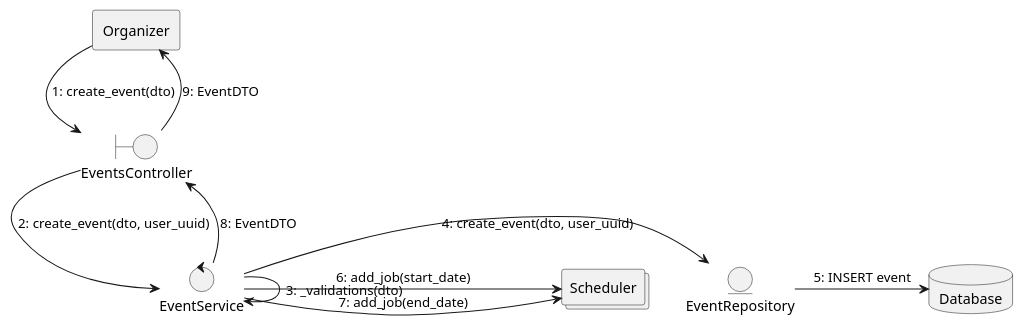
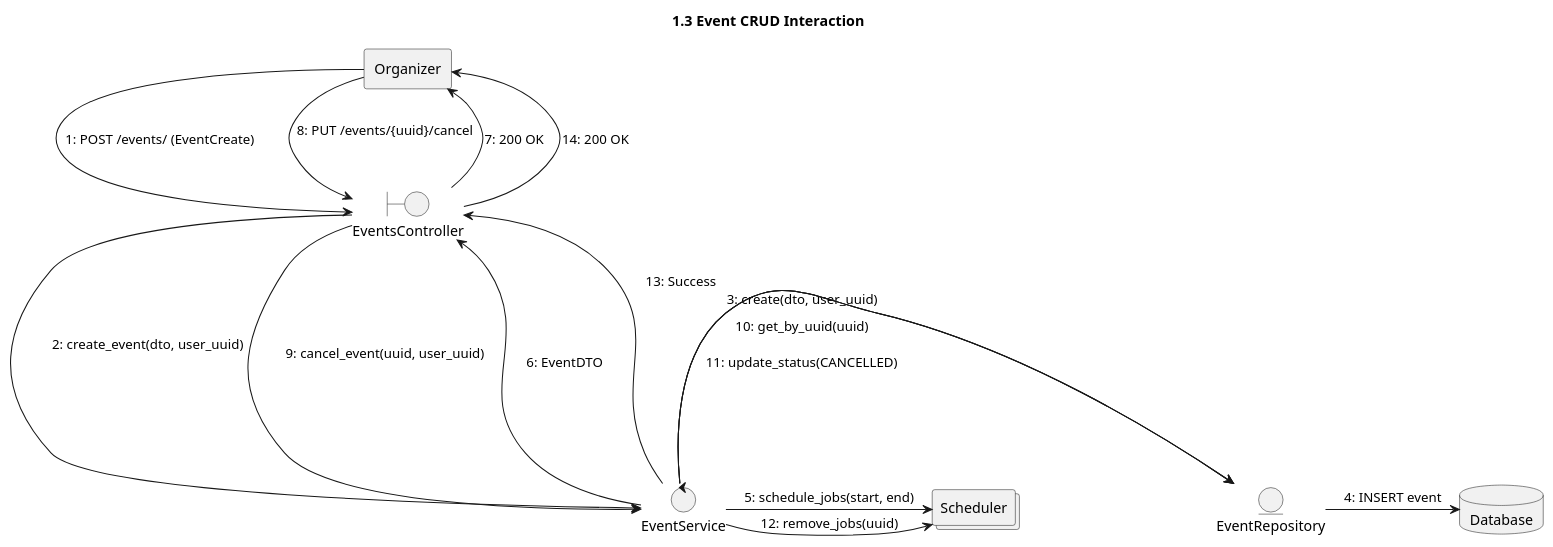
The third of 5 diagrams in diagrams/COMMUNICATION_DIAGRAMS.md (NikosKoutsoukosPrelorentzos/you-want-ticket), drawn with PlantUML before and after one commit. The commit also changed other lines of this file and 17 other files, not shown here.

First line of the commit message:
Refactor diagrams and update documentation for Sprint 2

````diff
--- a/diagrams/COMMUNICATION_DIAGRAMS.md
+++ b/diagrams/COMMUNICATION_DIAGRAMS.md
@@ -8,23 +58,29 @@
 ```plantuml
 @startuml
-skinparam handwritten false
 skinparam monochrome true
+title 1.3 Event CRUD Interaction
 
 agent Organizer
 boundary EventsController
 control EventService
 entity EventRepository
 database Database
 collections Scheduler
 
-Organizer -> EventsController : 1: create_event(dto)
-EventsController -> EventService : 2: create_event(dto, user_uuid)
-EventService -> EventService : 3: _validations(dto)
-EventService -> EventRepository : 4: create_event(dto, user_uuid)
-EventRepository -> Database : 5: INSERT event
-EventService -> Scheduler : 6: add_job(start_date)
-EventService -> Scheduler : 7: add_job(end_date)
-EventService --> EventsController : 8: EventDTO
-EventsController --> Organizer : 9: EventDTO
+Organizer -> EventsController : 1: POST /events/ (EventCreate)
+EventsController -> EventService : 2: create_event(dto, user_uuid)\n\n
+EventService -> EventRepository : 3: create(dto, user_uuid)\n\n\n\n\n\n\n
+EventRepository -> Database : 4: INSERT event
+EventService -> Scheduler : 5: schedule_jobs(start, end)
+EventService --> EventsController : 6: EventDTO
+EventsController --> Organizer : 7: 200 OK
+
+Organizer -> EventsController : 8: PUT /events/{uuid}/cancel\n
+EventsController -> EventService : 9: cancel_event(uuid, user_uuid)\n
+EventService -> EventRepository : 10: get_by_uuid(uuid)\n\n\n\n
+EventService -> EventRepository : 11: update_status(CANCELLED)
+EventService -> Scheduler : 12: remove_jobs(uuid)
+EventService --> EventsController : 13: Success\n\n\n\n\n\n\n\n\n
+EventsController --> Organizer : 14: 200 OK
 @enduml
 ```
````
